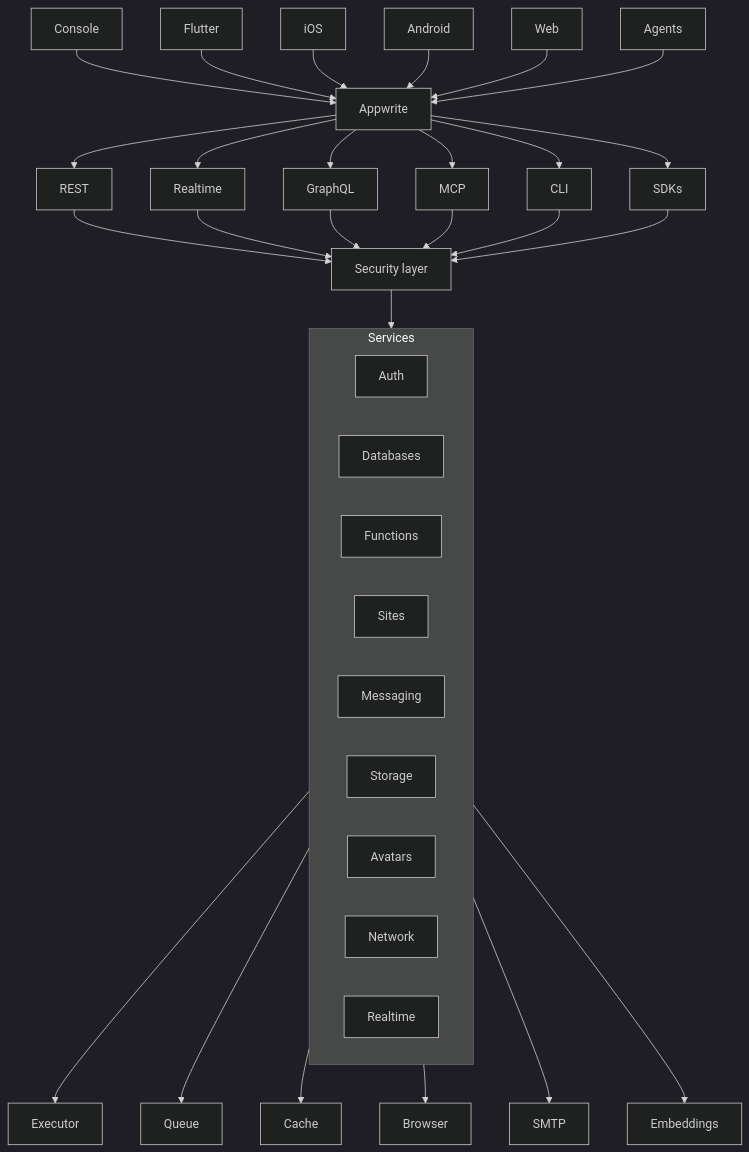
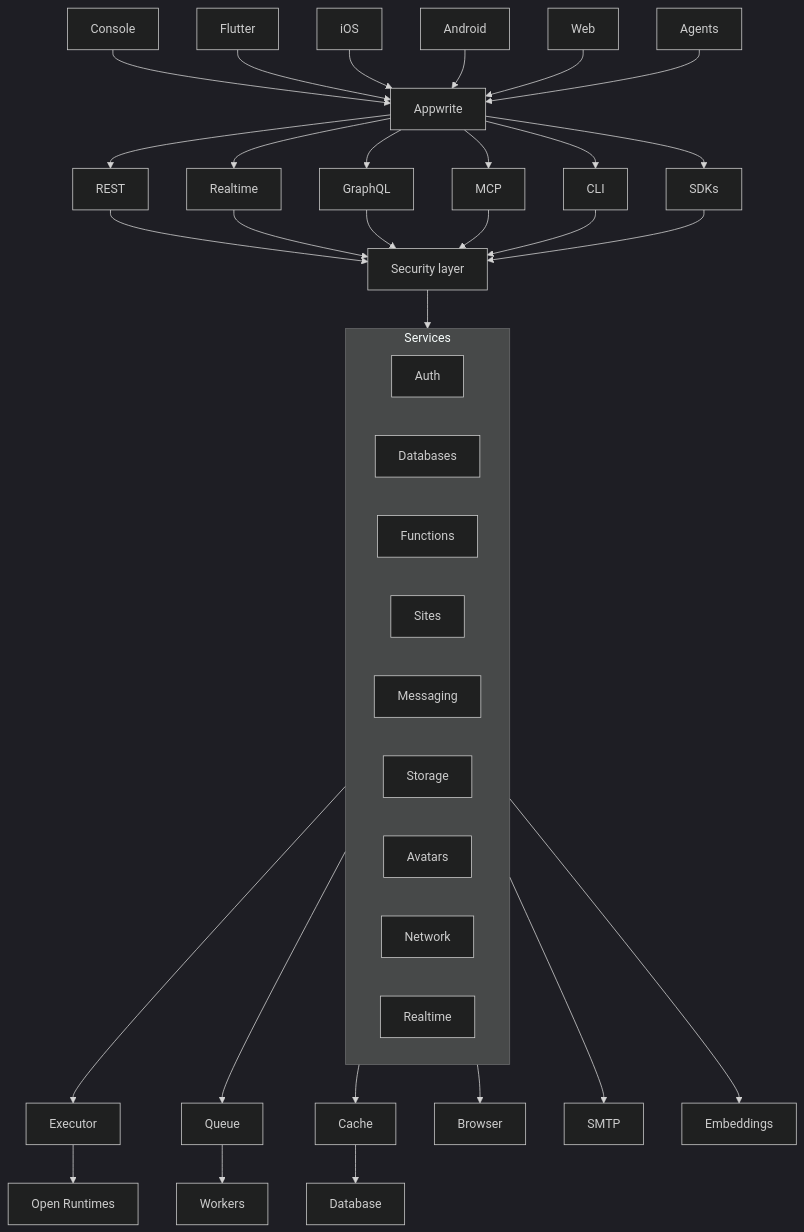
The diagram in README-CN.md (appwrite/appwrite), drawn with Mermaid (dark theme) before and after one commit. The commit also changed 1 other file, not shown here.

Commit message:
docs: attach Database, Workers, and Open Runtimes under infra

````diff
--- a/README-CN.md
+++ b/README-CN.md
@@ -215,19 +215,22 @@
 ```mermaid
 flowchart TB
   Console & Flutter & iOS & Android & Web & Agents --> Appwrite
   Appwrite --> REST & Realtime & GraphQL & MCP & CLI & SDKs
   REST & Realtime & GraphQL & MCP & CLI & SDKs --> securityLayer[Security layer]
   securityLayer --> services
   subgraph services [Services]
     Auth
     Databases
     Functions
     Sites
     Messaging
     Storage
     Avatars
     Network
     productRealtime[Realtime]
   end
   services --> Executor & Queue & Cache & Browser & SMTP & Embeddings
+  Cache --> Database
+  Queue --> Workers
+  Executor --> openRuntimes[Open Runtimes]
 ```
````
